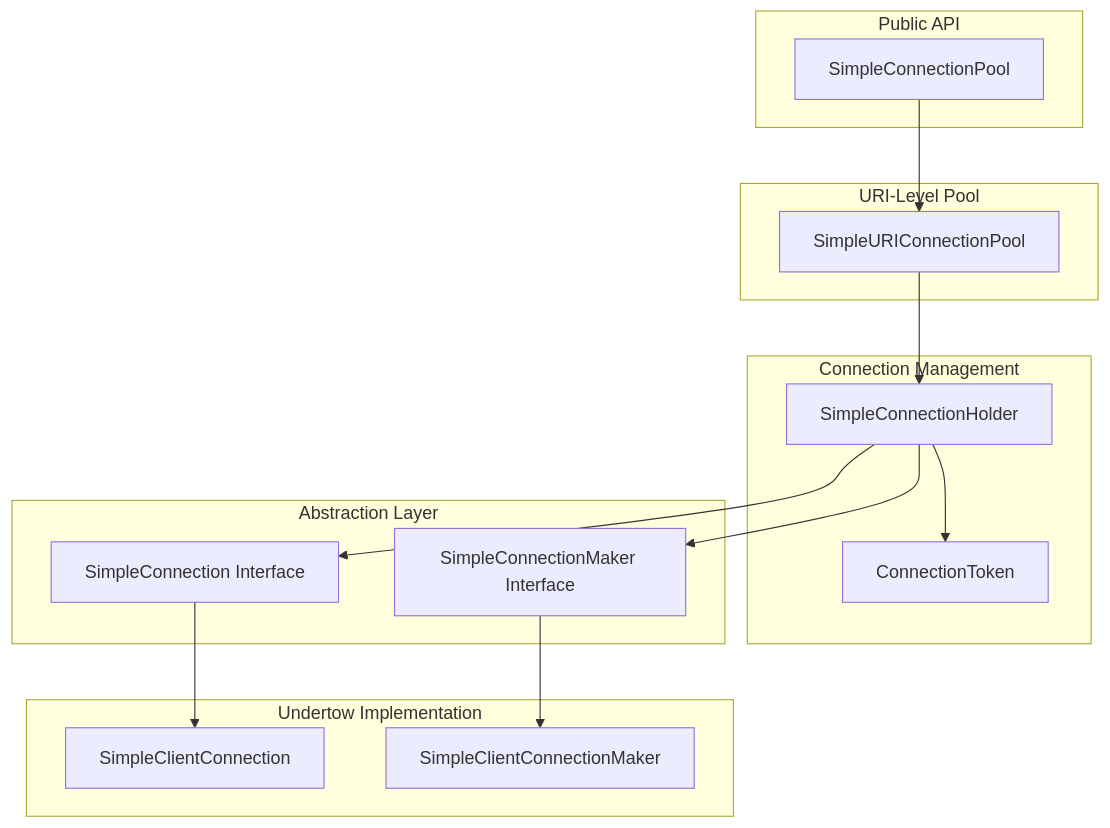
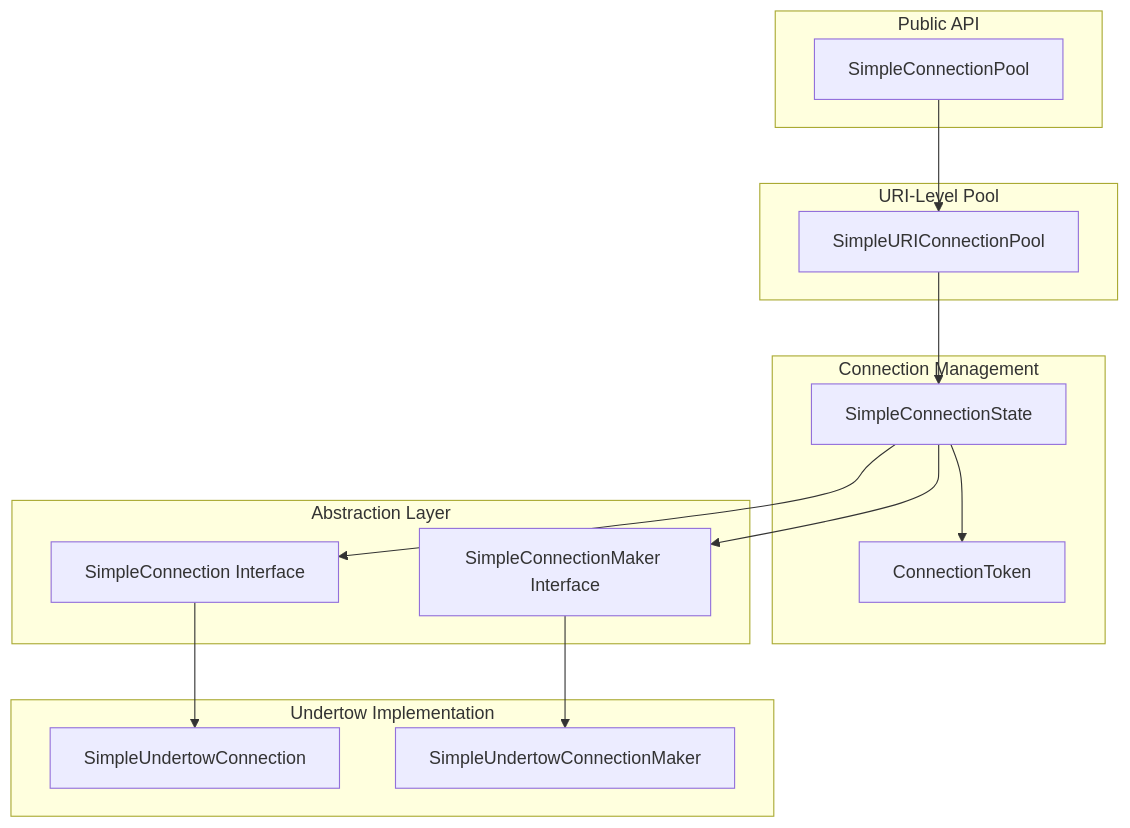
The diagram in src/design/client-simplepool.md (networknt/networknt-doc), drawn with Mermaid before and after one commit. The commit also changed other lines of this file and 2 other files, not shown here.

Commit message:
rename SimpleConnectionHolder to SimpleConnectionState

````diff
--- a/src/design/client-simplepool.md
+++ b/src/design/client-simplepool.md
@@ -11,33 +11,33 @@
 ```mermaid
 graph TB
     subgraph "Public API"
         SCP[SimpleConnectionPool]
     end
     
     subgraph "URI-Level Pool"
         SUCP[SimpleURIConnectionPool]
     end
     
     subgraph "Connection Management"
-        SCH[SimpleConnectionHolder]
+        SCS[SimpleConnectionState]
         CT[ConnectionToken]
     end
     
     subgraph "Abstraction Layer"
         SC[SimpleConnection Interface]
         SCM[SimpleConnectionMaker Interface]
     end
     
     subgraph "Undertow Implementation"
-        SCC[SimpleClientConnection]
-        SCCM[SimpleClientConnectionMaker]
+        SUC[SimpleUndertowConnection]
+        SUCM[SimpleUndertowConnectionMaker]
     end
     
     SCP --> SUCP
-    SUCP --> SCH
-    SCH --> CT
-    SCH --> SC
-    SCH --> SCM
-    SC --> SCC
-    SCM --> SCCM
+    SUCP --> SCS
+    SCS --> CT
+    SCS --> SC
+    SCS --> SCM
+    SC --> SUC
+    SCM --> SUCM
 ```
````
